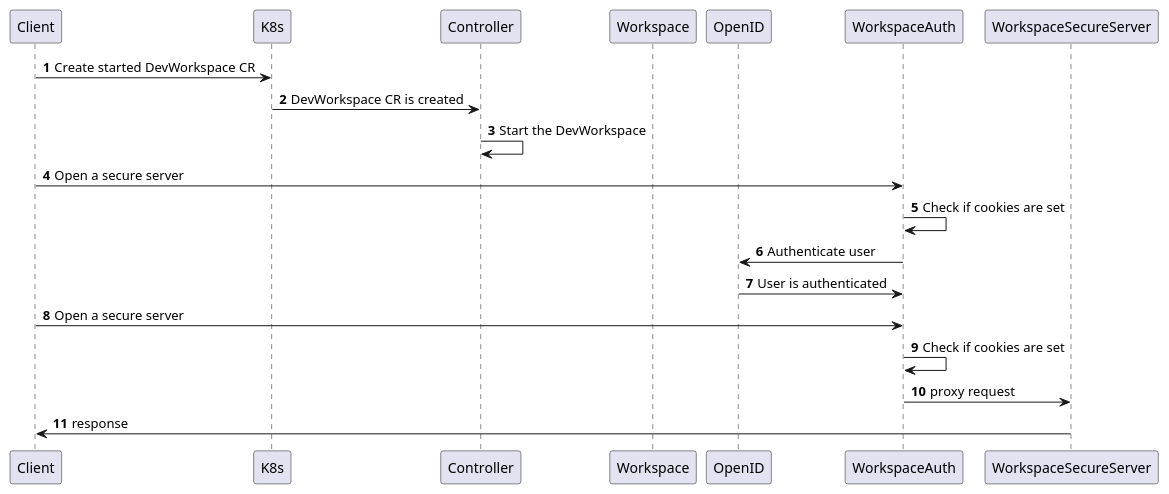
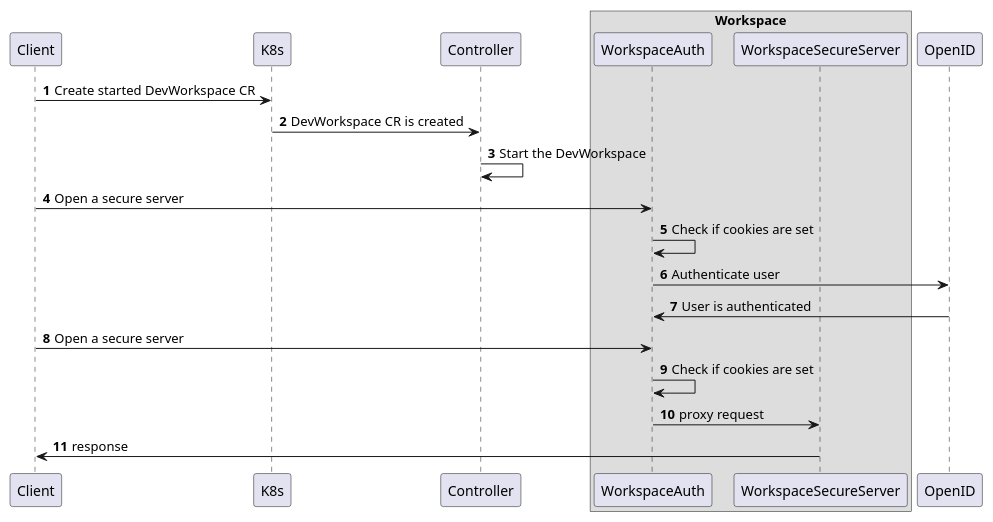
Before and after one commit to devfile/devworkspace-operator: the diagram in authentication-schemas/openid-next.plantuml, drawn with PlantUML. The commit also changed 1 other file, not shown here.

```diff
--- a/authentication-schemas/openid-next.plantuml
+++ b/authentication-schemas/openid-next.plantuml
@@ -1,26 +1,31 @@
 @startuml
 
 participant Client
 participant K8s
 participant Controller
-participant Workspace
+
+box Workspace
+participant WorkspaceAuth
+participant WorkspaceSecureServer
+end box
+
 participant OpenID
 
 autonumber
 
 Client -> K8s: Create started DevWorkspace CR
 K8s -> Controller: DevWorkspace CR is created
 Controller -> Controller: Start the DevWorkspace
 
 
 Client -> WorkspaceAuth: Open a secure server
 WorkspaceAuth -> WorkspaceAuth: Check if cookies are set
 WorkspaceAuth -> OpenID: Authenticate user
 WorkspaceAuth <- OpenID: User is authenticated
 
 Client -> WorkspaceAuth: Open a secure server
 WorkspaceAuth -> WorkspaceAuth: Check if cookies are set
 WorkspaceAuth -> WorkspaceSecureServer: proxy request
 WorkspaceSecureServer -> Client: response
 
 @enduml
```
